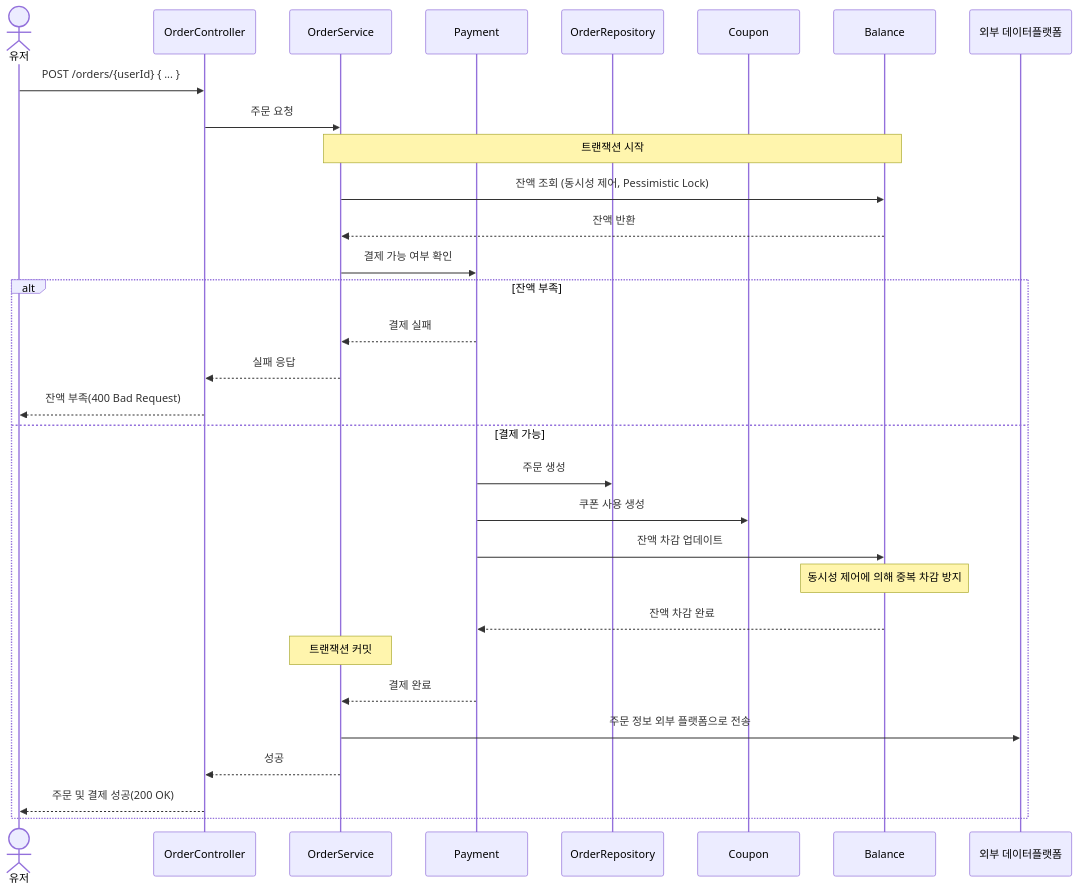
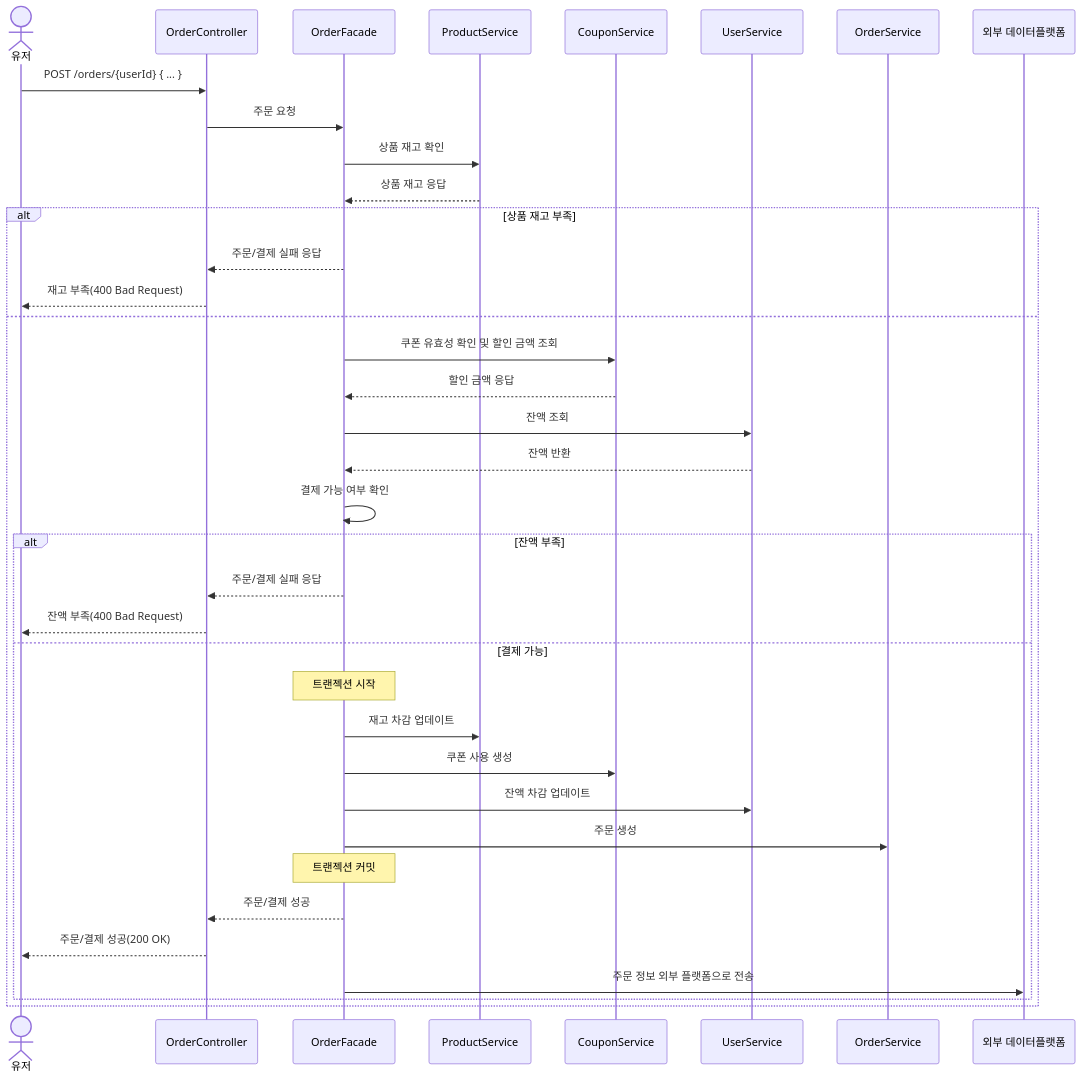
Before and after one commit to bskjp1004/hhplus-ecommerce-server: the second of 3 diagrams in docs/sequenceDiagrams.md, drawn with Mermaid.

Commit message:
docs: 주문 및 결제 시퀀스 다이어그램 수정

````diff
--- a/docs/sequenceDiagrams.md
+++ b/docs/sequenceDiagrams.md
@@ -46,37 +46,41 @@
 ```mermaid
 sequenceDiagram
-    actor 유저
-    participant OrderController
-    participant OrderService
-    participant Payment
-    participant OrderRepository
-    participant Coupon
-    participant Balance
-    participant 외부 데이터플랫폼
+  actor 유저
+  participant OrderController
+  participant OrderFacade
+  participant ProductService
+  participant CouponService
+  participant UserService
+  participant OrderService
+  participant 외부 데이터플랫폼
 
-    유저->>OrderController: POST /orders/{userId} { ... }
-    OrderController->>OrderService: 주문 요청
+  유저->>OrderController: POST /orders/{userId} { ... }
+  OrderController->>OrderFacade: 주문 요청
+  OrderFacade->>ProductService: 상품 재고 확인
+  ProductService-->>OrderFacade: 상품 재고 응답
 
-    note over OrderService,Balance: 트랜잭션 시작
-    OrderService->>Balance: 잔액 조회 (동시성 제어, Pessimistic Lock)
-
-    Balance-->>OrderService: 잔액 반환
-
-    OrderService->>Payment: 결제 가능 여부 확인
+  alt 상품 재고 부족
+    OrderFacade-->>OrderController: 주문/결제 실패 응답
+    OrderController-->>유저: 재고 부족(400 Bad Request)
+  else
+    OrderFacade->>CouponService: 쿠폰 유효성 확인 및 할인 금액 조회
+    CouponService-->>OrderFacade: 할인 금액 응답
+    OrderFacade->>UserService: 잔액 조회
+    UserService-->>OrderFacade: 잔액 반환
+    OrderFacade->>OrderFacade: 결제 가능 여부 확인
     alt 잔액 부족
-        Payment-->>OrderService: 결제 실패
-        OrderService-->>OrderController: 실패 응답
-        OrderController-->>유저: 잔액 부족(400 Bad Request)
+      OrderFacade-->>OrderController: 주문/결제 실패 응답
+      OrderController-->>유저: 잔액 부족(400 Bad Request)
     else 결제 가능
-        Payment->>OrderRepository: 주문 생성
-        Payment->>Coupon: 쿠폰 사용 생성
-        Payment->>Balance: 잔액 차감 업데이트
-        note over Balance: 동시성 제어에 의해 중복 차감 방지
-        Balance-->>Payment: 잔액 차감 완료
-        note over OrderService: 트랜잭션 커밋
-        Payment-->>OrderService: 결제 완료
-        OrderService->>외부 데이터플랫폼: 주문 정보 외부 플랫폼으로 전송
-        OrderService-->>OrderController: 성공
-        OrderController-->>유저: 주문 및 결제 성공(200 OK)
+      note over OrderFacade: 트랜젝션 시작
+      OrderFacade->>ProductService: 재고 차감 업데이트
+      OrderFacade->>CouponService: 쿠폰 사용 생성
+      OrderFacade->>UserService: 잔액 차감 업데이트
+      OrderFacade->>OrderService: 주문 생성
+      note over OrderFacade: 트랜젝션 커밋
+      OrderFacade-->>OrderController: 주문/결제 성공
+      OrderController-->>유저: 주문/결제 성공(200 OK)
+      OrderFacade->>외부 데이터플랫폼: 주문 정보 외부 플랫폼으로 전송
     end
+  end
 ```
````
